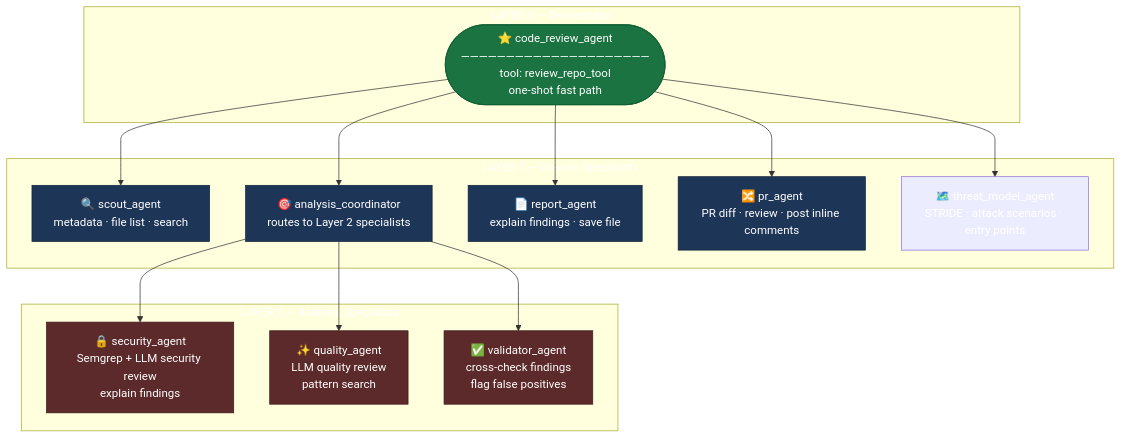
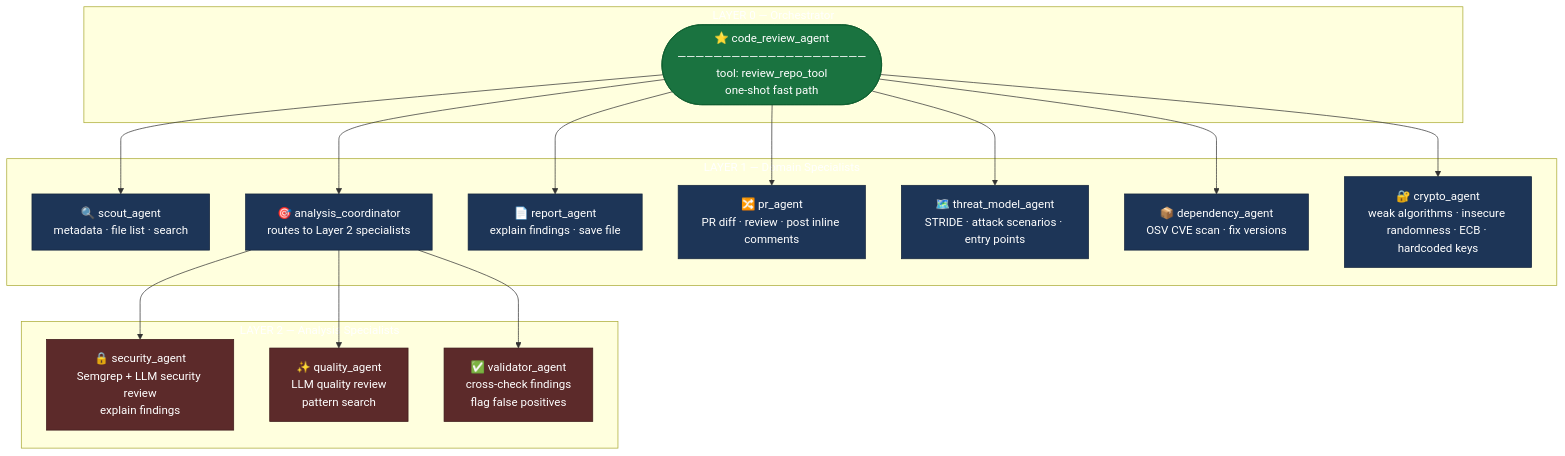
Before and after one commit to Bardiyashavandi/code_review_agent: the diagram in README.md, drawn with Mermaid. The commit also changed other lines of this file and 2 other files, not shown here.

First line of the commit message:
feat: add dependency CVE scanner and crypto auditor agents

````diff
--- a/README.md
+++ b/README.md
@@ -61,31 +61,33 @@
 ```mermaid
 flowchart TD
     subgraph L0["LAYER 0 — Orchestrator"]
         Root(["⭐ code_review_agent\n―――――――――――――――――――――\ntool: review_repo_tool\none-shot fast path"])
     end
 
     subgraph L1["LAYER 1 — Domain Specialists"]
         Scout["🔍 scout_agent\nmetadata · file list · search"]
         Coord["🎯 analysis_coordinator\nroutes to Layer 2 specialists"]
         Report["📄 report_agent\nexplain findings · save file"]
         PR["🔀 pr_agent\nPR diff · review · post inline comments"]
         TM["🗺️ threat_model_agent\nSTRIDE · attack scenarios · entry points"]
+        Dep["📦 dependency_agent\nOSV CVE scan · fix versions"]
+        Crypto["🔐 crypto_agent\nweak algorithms · insecure randomness · ECB · hardcoded keys"]
     end
 
     subgraph L2["LAYER 2 — Analysis Specialists"]
         Sec["🔒 security_agent\nSemgrep + LLM security review\nexplain findings"]
         Qual["✨ quality_agent\nLLM quality review\npattern search"]
         Val["✅ validator_agent\ncross-check findings\nflag false positives"]
     end
 
-    Root --> Scout & Coord & Report & PR & TM
+    Root --> Scout & Coord & Report & PR & TM & Dep & Crypto
     Coord --> Sec & Qual & Val
 
     classDef root fill:#1a7340,color:#fff,stroke:#0d5c2e
     classDef l1   fill:#1d3557,color:#fff,stroke:#14253d
     classDef l2   fill:#5c2a2a,color:#fff,stroke:#3d1a1a
 
     class Root root
-    class Scout,Coord,Report,PR l1
+    class Scout,Coord,Report,PR,TM,Dep,Crypto l1
     class Sec,Qual,Val l2
 ```
````
